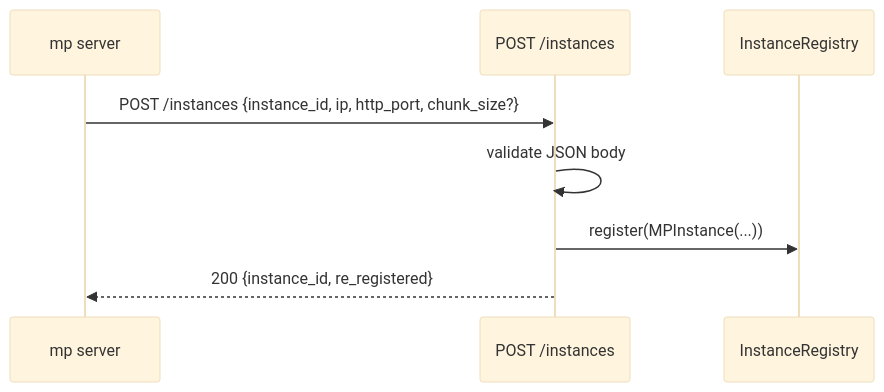
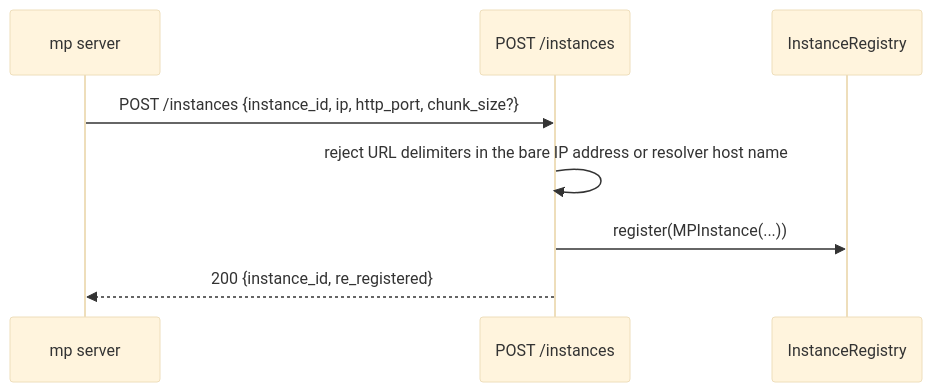
The first of 2 diagrams in docs/upstream/lmcache/docs/design/v1/mp_coordinator/README.md (team-redbull/redbull-brain), drawn with Mermaid (base theme) before and after one commit. The commit also changed other lines of this file and 162 other files, not shown here.

````diff
--- a/docs/upstream/lmcache/docs/design/v1/mp_coordinator/README.md
+++ b/docs/upstream/lmcache/docs/design/v1/mp_coordinator/README.md
@@ -105,11 +105,11 @@
 ```mermaid
 sequenceDiagram
     participant C as mp server
     participant API as POST /instances
     participant Reg as InstanceRegistry
 
     C->>API: POST /instances {instance_id, ip, http_port, chunk_size?}
-    API->>API: validate JSON body
+    API->>API: reject URL delimiters in the bare IP address or resolver host name
     API->>Reg: register(MPInstance(...))
     API-->>C: 200 {instance_id, re_registered}
 ```
````
